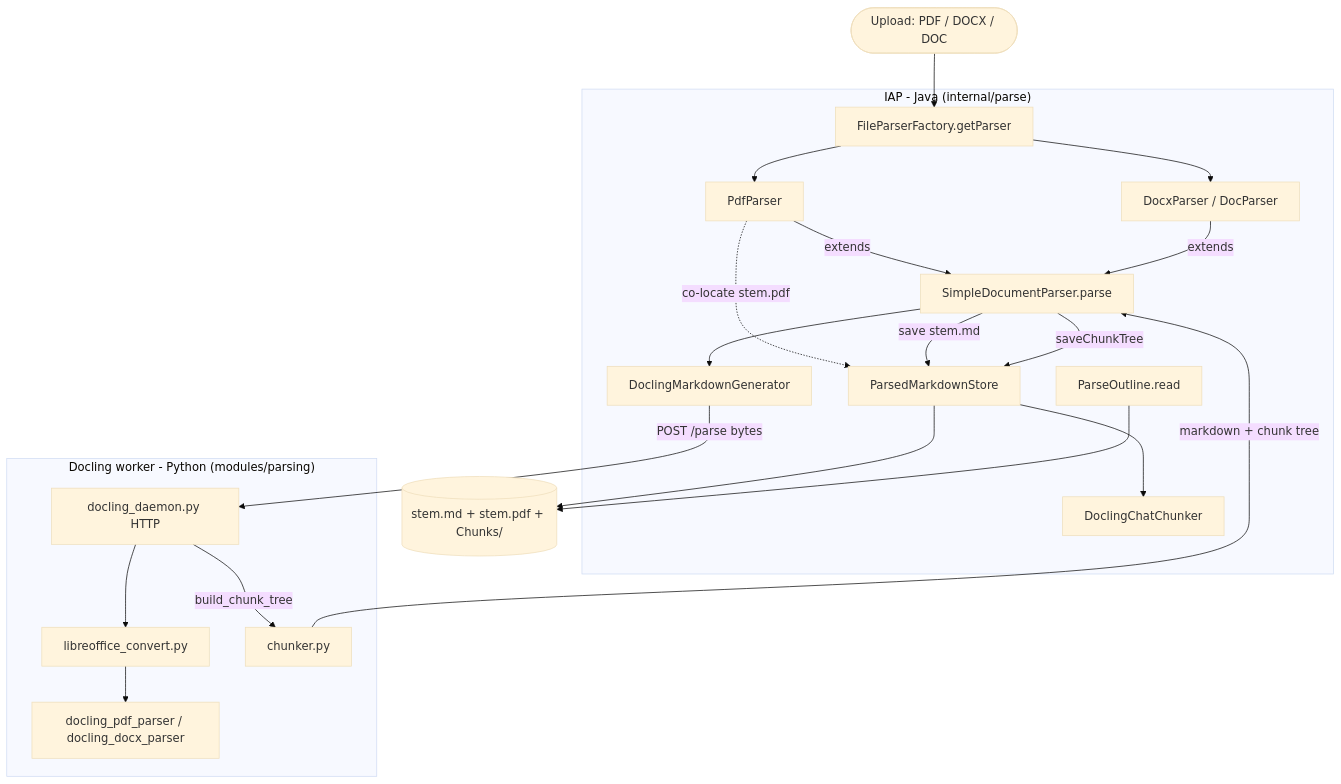
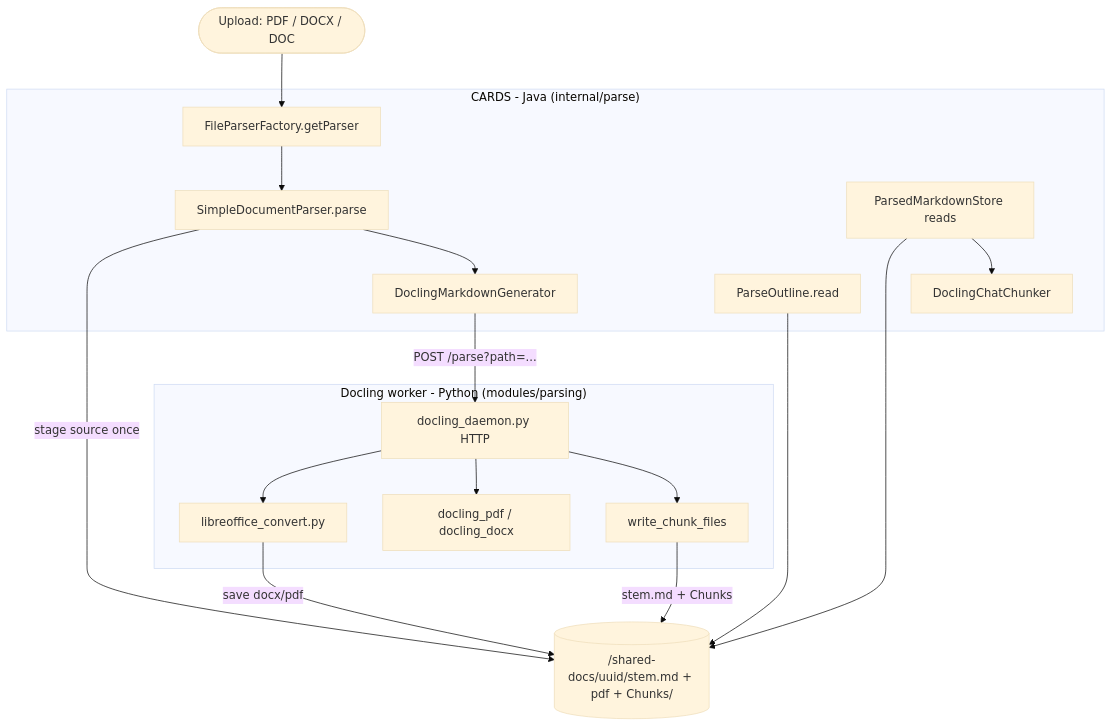
The first of 3 diagrams in Utilities/Parsing/prompts/PARSING_PIPELINE.md (data-team-uhn/cards), drawn with Mermaid (base theme) before and after one commit. The commit also changed other lines of this file and 22 other files, not shown here.

First line of the commit message:
[parsing] Let Python write parse artifacts on shared docs

````diff
--- a/Utilities/Parsing/prompts/PARSING_PIPELINE.md
+++ b/Utilities/Parsing/prompts/PARSING_PIPELINE.md
@@ -15,42 +15,36 @@
 ```mermaid
 flowchart TB
     U(["Upload: PDF / DOCX / DOC"])
 
-    subgraph Java["IAP - Java (internal/parse)"]
+    subgraph Java["CARDS - Java (internal/parse)"]
         FPF["FileParserFactory.getParser"]
         SDP["SimpleDocumentParser.parse"]
-        PP["PdfParser"]
-        DXP["DocxParser / DocParser"]
         DMG["DoclingMarkdownGenerator"]
-        PMS["ParsedMarkdownStore"]
+        PMS["ParsedMarkdownStore reads"]
         DCC["DoclingChatChunker"]
         PO["ParseOutline.read"]
     end
 
     subgraph Py["Docling worker - Python (modules/parsing)"]
         DAEMON["docling_daemon.py HTTP"]
         LO["libreoffice_convert.py"]
-        GEN["docling_pdf_parser / docling_docx_parser"]
-        CF["chunker.py"]
+        GEN["docling_pdf / docling_docx"]
+        WCF["write_chunk_files"]
     end
 
-    ART[("stem.md + stem.pdf + Chunks/")]
+    ART[("/shared-docs/uuid/stem.md + pdf + Chunks/")]
 
     U --> FPF
-    FPF --> PP
-    FPF --> DXP
-    PP -->|extends| SDP
-    DXP -->|extends| SDP
+    FPF --> SDP
+    SDP -->|stage source once| ART
     SDP --> DMG
-    PP -.->|co-locate stem.pdf| PMS
-    DMG -->|POST /parse bytes| DAEMON
+    DMG -->|"POST /parse?path=..."| DAEMON
     DAEMON --> LO
-    LO --> GEN
-    DAEMON -->|build_chunk_tree| CF
-    CF -->|markdown + chunk tree| SDP
-    SDP -->|save stem.md| PMS
-    SDP -->|saveChunkTree| PMS
+    LO -->|save docx/pdf| ART
+    DAEMON --> GEN
+    DAEMON --> WCF
+    WCF -->|stem.md + Chunks| ART
     PMS --> ART
     PMS --> DCC
     PO --> ART
 ```
````
